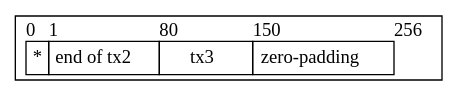
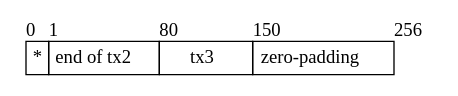
One commit to celestiaorg/celestia-specs changed the diagram in specs/figures/share.dot. Above: the diagram before and after it, drawn with Graphviz. The commit also changed 1 other file, not shown here.

Commit message:
Remove border from share figure.

```diff
--- a/specs/figures/share.dot
+++ b/specs/figures/share.dot
@@ -1,22 +1,21 @@
 digraph G {
-    rankdir = "LR";
-    node [shape = record];
+    node [shape = record, penwidth = 0];
 
     share [label=<
     <table border="0" cellborder="1" cellspacing="0">
         <tr>
             <td width="1" align="left" border="0" cellpadding="0">0</td>
             <td width="79" align="left" border="0" cellpadding="0">1</td>
             <td width="70" align="left" border="0" cellpadding="0">80</td>
             <td width="106" align="left" border="0" cellpadding="0">150</td>
             <td align="left" border="0" cellpadding="0">256</td>
         </tr>
         <tr>
             <td width="1" cellpadding="4">*</td>
             <td width="79" cellpadding="4">end of tx2</td>
             <td width="70" cellpadding="4">tx3</td>
             <td width="106" cellpadding="4">zero-padding</td>
         </tr>
     </table>
     >];
 }
```
